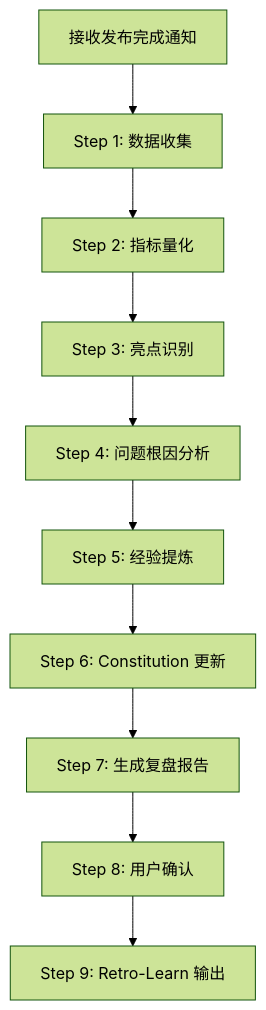
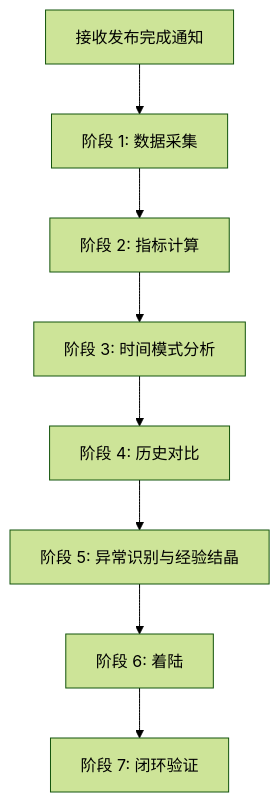
The first of 3 diagrams in skills/pb-v1-retrospective/SKILL.md (chenchiyuan/powerby-skills), drawn with Mermaid (forest theme) before and after one commit. The commit also changed other lines of this file and 46 other files, not shown here.

````diff
--- a/skills/pb-v1-retrospective/SKILL.md
+++ b/skills/pb-v1-retrospective/SKILL.md
@@ -224,12 +380,10 @@
 ```mermaid
 graph TD
-    Start[接收发布完成通知] --> S1[Step 1: 数据收集]
-    S1 --> S2[Step 2: 指标量化]
-    S2 --> S3[Step 3: 亮点识别]
-    S3 --> S4[Step 4: 问题根因分析]
-    S4 --> S5[Step 5: 经验提炼]
-    S5 --> S6[Step 6: Constitution 更新]
-    S6 --> S7[Step 7: 生成复盘报告]
-    S7 --> S8[Step 8: 用户确认]
-    S8 --> S9[Step 9: Retro-Learn 输出]
+    Start[接收发布完成通知] --> P1[阶段 1: 数据采集]
+    P1 --> P2[阶段 2: 指标计算]
+    P2 --> P3[阶段 3: 时间模式分析]
+    P3 --> P4[阶段 4: 历史对比]
+    P4 --> P5[阶段 5: 异常识别与经验结晶]
+    P5 --> P6[阶段 6: 着陆]
+    P6 --> P7[阶段 7: 闭环验证]
 ```
````
